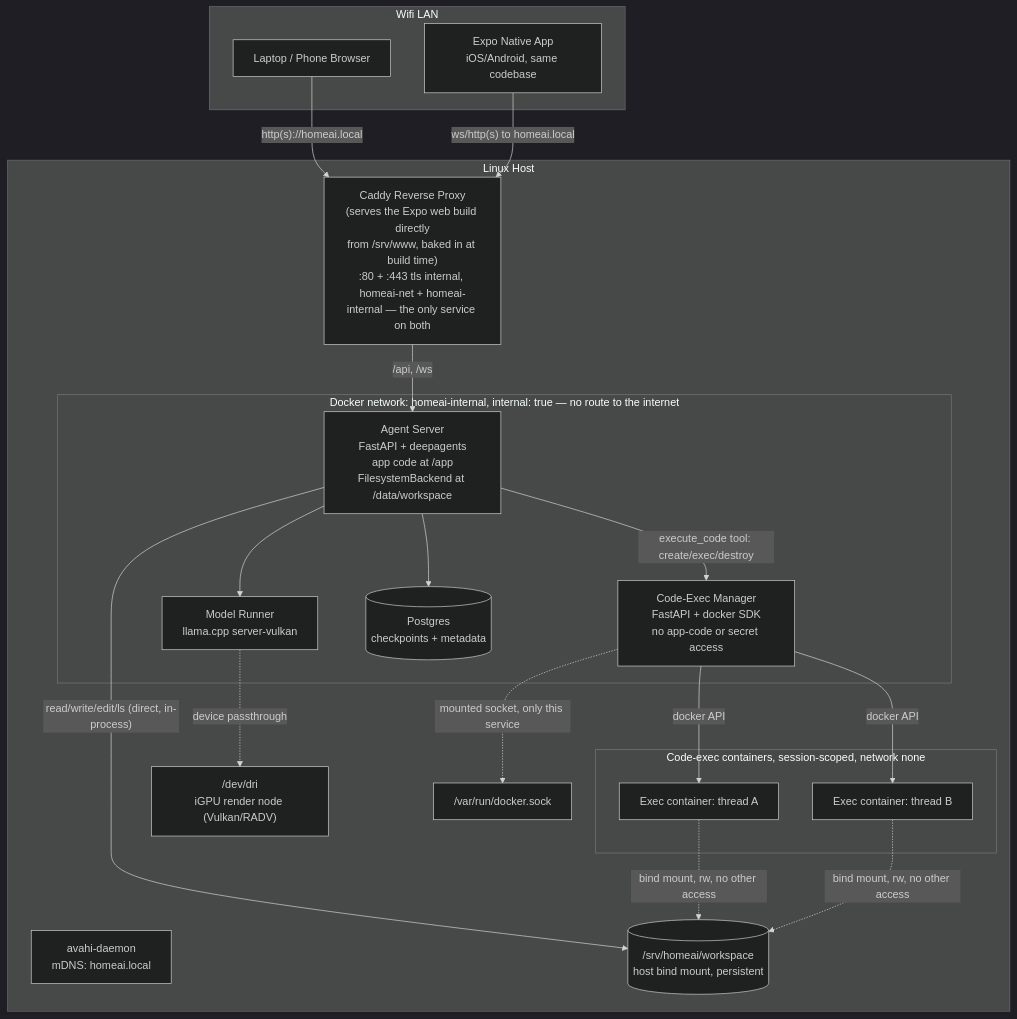
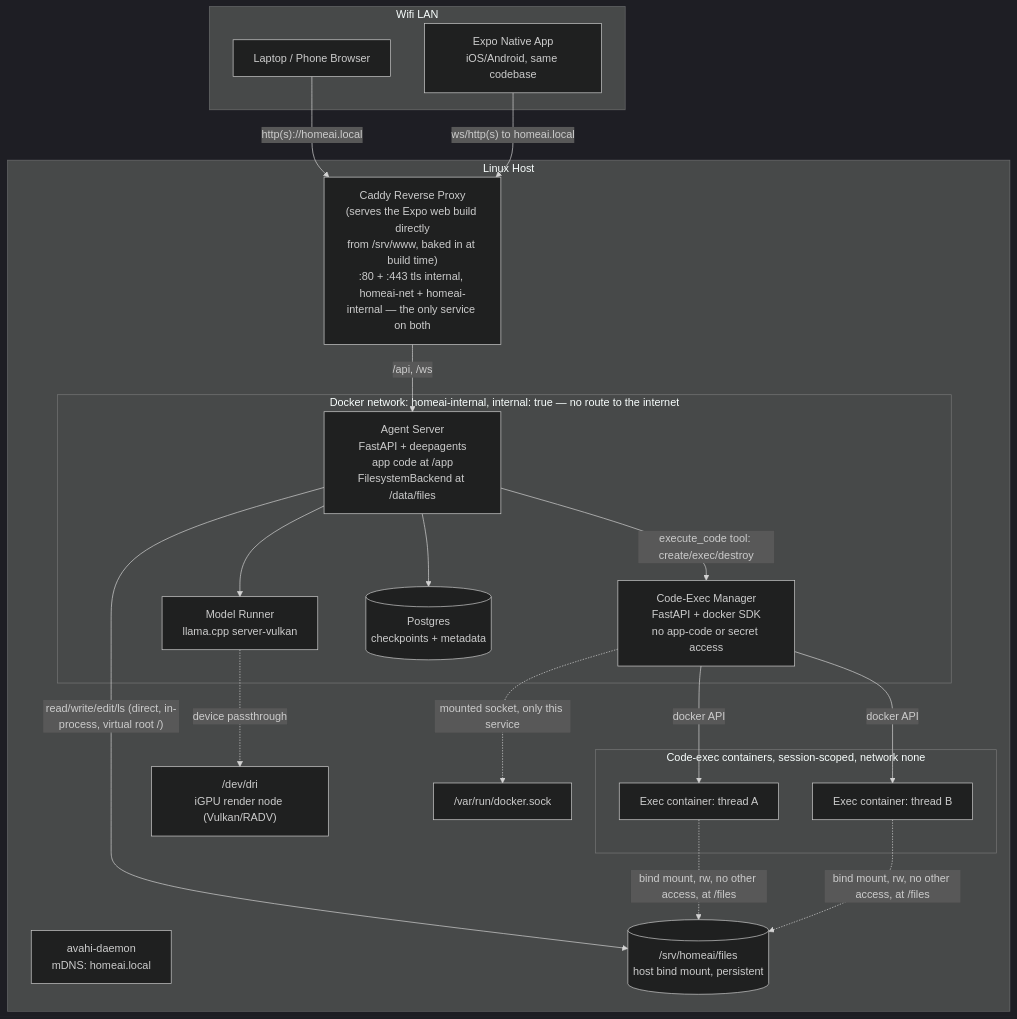
One commit to cucucachu/unnamed_local_ai_server changed the first of 3 diagrams in docs/ARCHITECTURE.md. Above: the diagram before and after it, drawn with Mermaid (dark theme). The commit also changed other lines of this file and 65 other files, not shown here.

First line of the commit message:
Eliminate the workspace concept: one files root, addressed at / (file tools) and /files (execute_code)

````diff
--- a/docs/ARCHITECTURE.md
+++ b/docs/ARCHITECTURE.md
@@ -26,43 +26,43 @@
 ```mermaid
 flowchart TB
     subgraph lan [Wifi LAN]
         browser[Laptop / Phone Browser]
         nativeapp[Expo Native App\niOS/Android, same codebase]
     end
 
     browser -->|"http(s)://homeai.local"| proxy
     nativeapp -->|"ws/http(s) to homeai.local"| proxy
 
     subgraph host [Linux Host]
         proxy["Caddy Reverse Proxy\n(serves the Expo web build directly\nfrom /srv/www, baked in at build time)\n:80 + :443 tls internal, homeai-net + homeai-internal — the only service on both"]
         avahi[avahi-daemon\nmDNS: homeai.local]
 
         subgraph internalnet [Docker network: homeai-internal, internal: true — no route to the internet]
-            agent["Agent Server\nFastAPI + deepagents\napp code at /app\nFilesystemBackend at /data/workspace"]
+            agent["Agent Server\nFastAPI + deepagents\napp code at /app\nFilesystemBackend at /data/files"]
             execmgr[Code-Exec Manager\nFastAPI + docker SDK\nno app-code or secret access]
             model[Model Runner\nllama.cpp server-vulkan]
             pg[(Postgres\ncheckpoints + metadata)]
         end
 
         subgraph execpool [Code-exec containers, session-scoped, network none]
             exec1[Exec container: thread A]
             exec2[Exec container: thread B]
         end
 
-        workspace[("/srv/homeai/workspace\nhost bind mount, persistent")]
+        filesdir[("/srv/homeai/files\nhost bind mount, persistent")]
         dri["/dev/dri\niGPU render node (Vulkan/RADV)"]
         dsock["/var/run/docker.sock"]
     end
 
     proxy -->|"/api, /ws"| agent
     agent --> model
     agent --> pg
-    agent -->|"read/write/edit/ls (direct, in-process)"| workspace
+    agent -->|"read/write/edit/ls (direct, in-process, virtual root /)"| filesdir
     agent -->|"execute_code tool: create/exec/destroy"| execmgr
     execmgr -->|docker API| exec1
     execmgr -->|docker API| exec2
     execmgr -.->|mounted socket, only this service| dsock
-    exec1 -.->|"bind mount, rw, no other access"| workspace
-    exec2 -.->|"bind mount, rw, no other access"| workspace
+    exec1 -.->|"bind mount, rw, no other access, at /files"| filesdir
+    exec2 -.->|"bind mount, rw, no other access, at /files"| filesdir
     model -.->|device passthrough| dri
 ```
````
